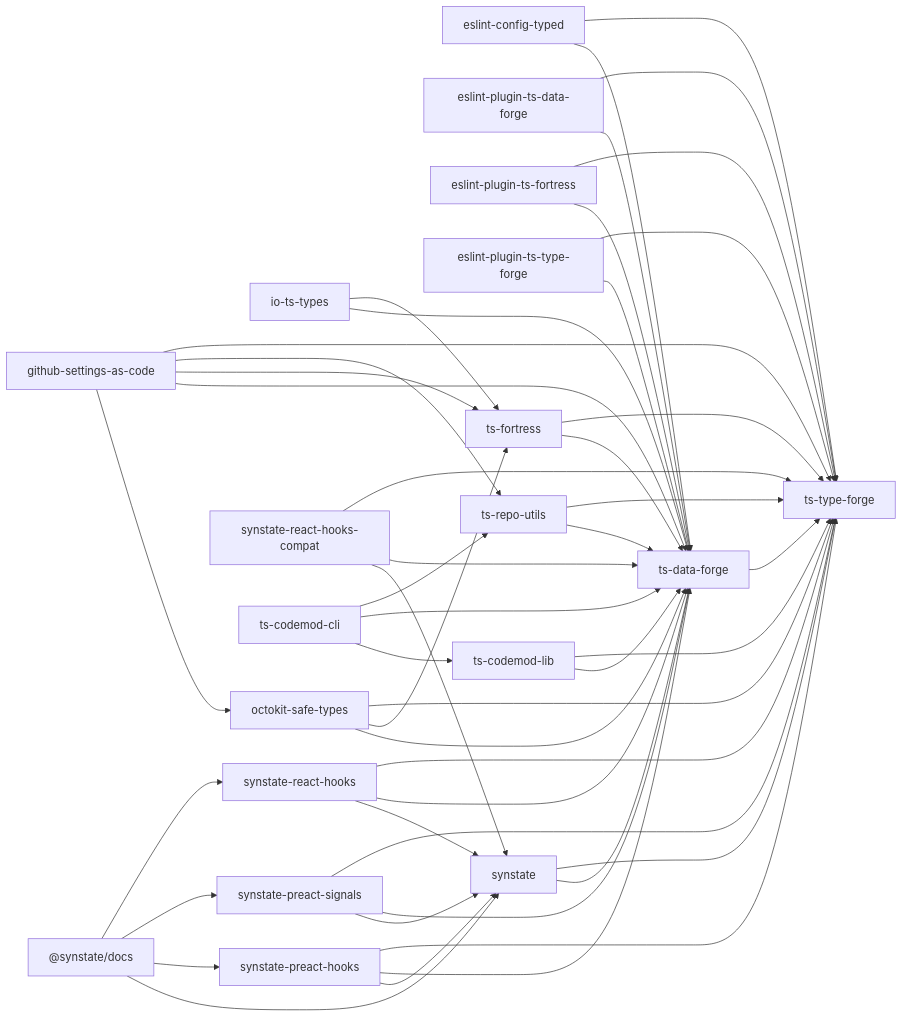
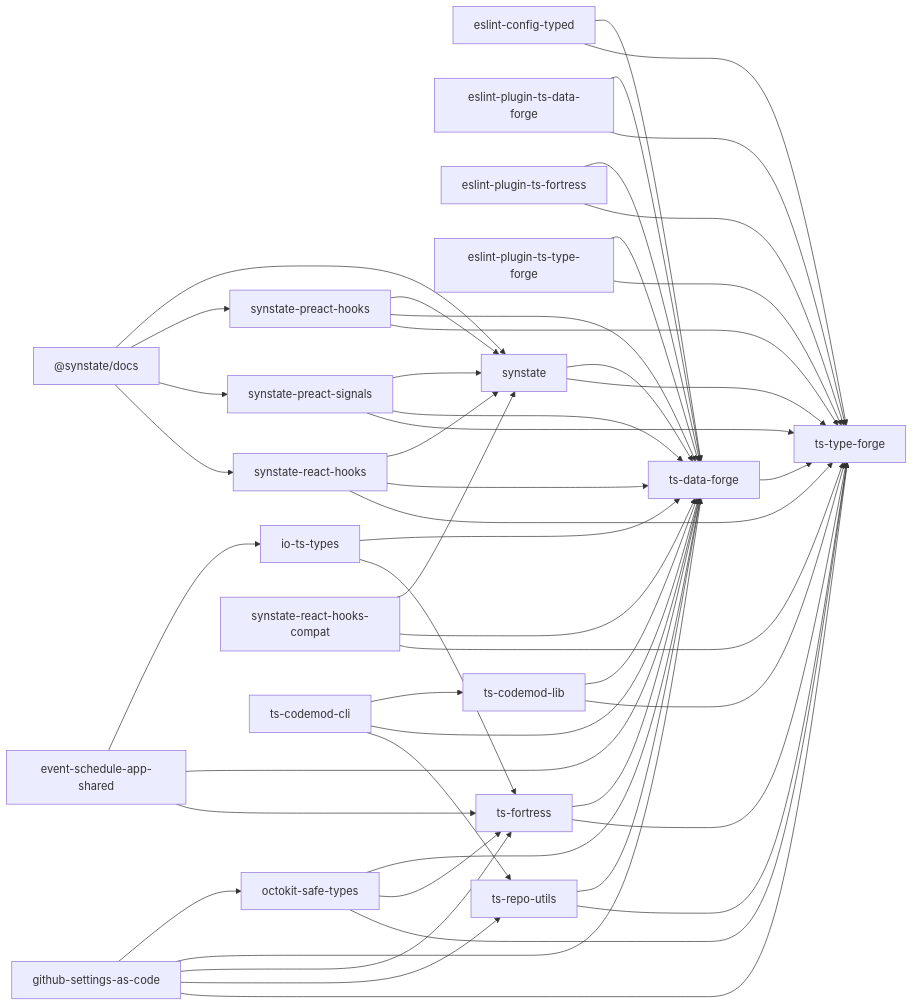
The diagram in docs/package-dependencies.md (noshiro-pf/mono), drawn with Mermaid before and after one commit. The commit also changed other lines of this file and 195 other files, not shown here.

First line of the commit message:
feat: restore event-schedule-app-shared from experimental/

````diff
--- a/docs/package-dependencies.md
+++ b/docs/package-dependencies.md
@@ -13,68 +13,72 @@
 ```mermaid
 graph LR
+  event_schedule_app_shared["event-schedule-app-shared"]
   io_ts_types["io-ts-types"]
   _synstate_docs["@synstate/docs"]
   eslint_config_typed["eslint-config-typed"]
   eslint_plugin_ts_data_forge["eslint-plugin-ts-data-forge"]
   eslint_plugin_ts_fortress["eslint-plugin-ts-fortress"]
   eslint_plugin_ts_type_forge["eslint-plugin-ts-type-forge"]
   github_settings_as_code["github-settings-as-code"]
   octokit_safe_types["octokit-safe-types"]
   synstate["synstate"]
   synstate_preact_hooks["synstate-preact-hooks"]
   synstate_preact_signals["synstate-preact-signals"]
   synstate_react_hooks["synstate-react-hooks"]
   synstate_react_hooks_compat["synstate-react-hooks-compat"]
   ts_codemod_cli["ts-codemod-cli"]
   ts_codemod_lib["ts-codemod-lib"]
   ts_data_forge["ts-data-forge"]
   ts_fortress["ts-fortress"]
   ts_repo_utils["ts-repo-utils"]
   ts_type_forge["ts-type-forge"]
+  event_schedule_app_shared --> io_ts_types
+  event_schedule_app_shared --> ts_data_forge
+  event_schedule_app_shared --> ts_fortress
   io_ts_types --> ts_data_forge
   io_ts_types --> ts_fortress
   _synstate_docs --> synstate
   _synstate_docs --> synstate_preact_hooks
   _synstate_docs --> synstate_preact_signals
   _synstate_docs --> synstate_react_hooks
   eslint_config_typed --> ts_data_forge
   eslint_config_typed --> ts_type_forge
   eslint_plugin_ts_data_forge --> ts_data_forge
   eslint_plugin_ts_data_forge --> ts_type_forge
   eslint_plugin_ts_fortress --> ts_data_forge
   eslint_plugin_ts_fortress --> ts_type_forge
   eslint_plugin_ts_type_forge --> ts_data_forge
   eslint_plugin_ts_type_forge --> ts_type_forge
   github_settings_as_code --> octokit_safe_types
   github_settings_as_code --> ts_data_forge
   github_settings_as_code --> ts_fortress
   github_settings_as_code --> ts_repo_utils
   github_settings_as_code --> ts_type_forge
   octokit_safe_types --> ts_data_forge
   octokit_safe_types --> ts_fortress
   octokit_safe_types --> ts_type_forge
   synstate --> ts_data_forge
   synstate --> ts_type_forge
   synstate_preact_hooks --> synstate
   synstate_preact_hooks --> ts_data_forge
   synstate_preact_hooks --> ts_type_forge
   synstate_preact_signals --> synstate
   synstate_preact_signals --> ts_data_forge
   synstate_preact_signals --> ts_type_forge
   synstate_react_hooks --> synstate
   synstate_react_hooks --> ts_data_forge
   synstate_react_hooks --> ts_type_forge
   synstate_react_hooks_compat --> synstate
   synstate_react_hooks_compat --> ts_data_forge
   synstate_react_hooks_compat --> ts_type_forge
   ts_codemod_cli --> ts_codemod_lib
   ts_codemod_cli --> ts_data_forge
   ts_codemod_cli --> ts_repo_utils
   ts_codemod_lib --> ts_data_forge
   ts_codemod_lib --> ts_type_forge
   ts_data_forge --> ts_type_forge
   ts_fortress --> ts_data_forge
   ts_fortress --> ts_type_forge
   ts_repo_utils --> ts_data_forge
   ts_repo_utils --> ts_type_forge
 ```
````
